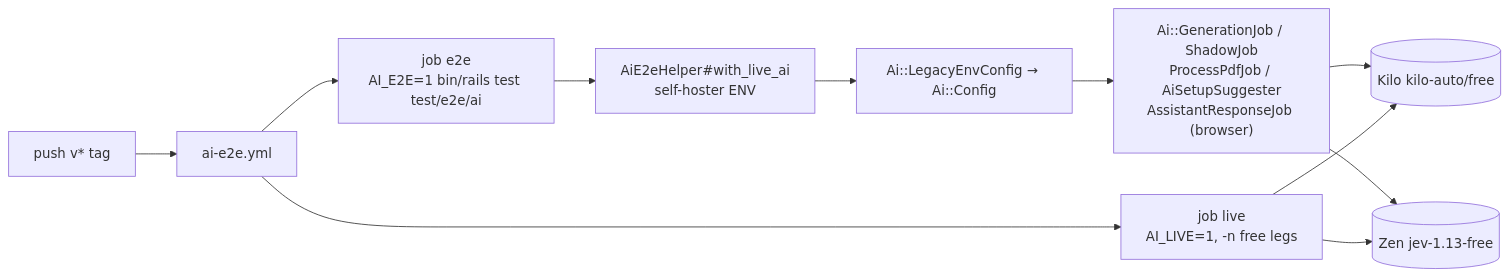
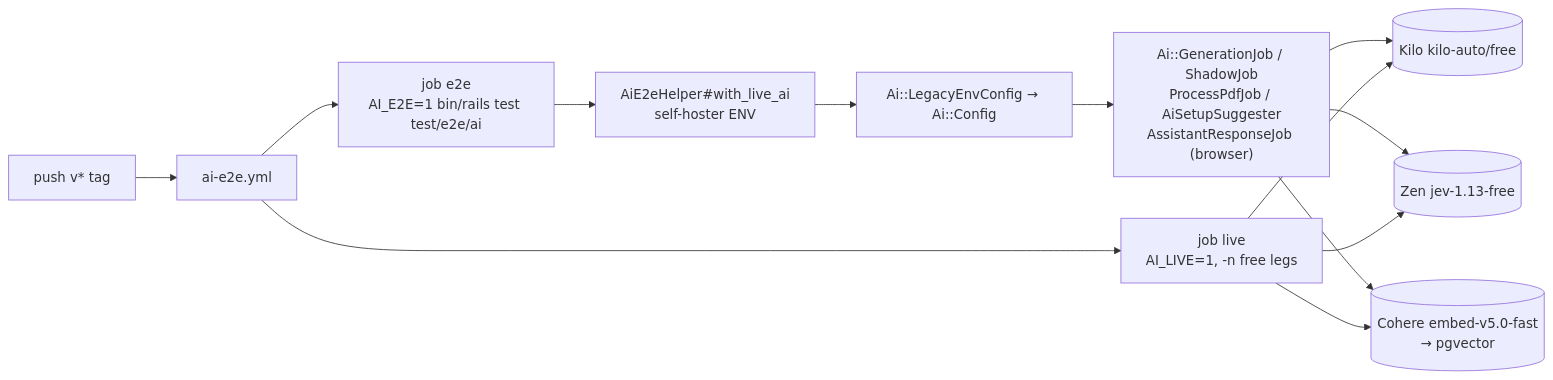
The diagram in docs/proposals/v0.8/pr-2f-release-e2e.md (we-promise/sure), drawn with Mermaid before and after one commit. The commit also changed other lines of this file and 1 other file, not shown here.

First line of the commit message:
Plan: 2f's release e2e covers documents, on Cohere embeddings

````diff
--- a/docs/proposals/v0.8/pr-2f-release-e2e.md
+++ b/docs/proposals/v0.8/pr-2f-release-e2e.md
@@ -40,13 +41,15 @@
 ```mermaid
 flowchart LR
   Tag["push v* tag"] --> W["ai-e2e.yml"]
   W --> E["job e2e<br/>AI_E2E=1 bin/rails test test/e2e/ai"]
   W --> L["job live<br/>AI_LIVE=1, -n free legs"]
   E --> H["AiE2eHelper#with_live_ai<br/>self-hoster ENV"]
   H --> C["Ai::LegacyEnvConfig → Ai::Config"]
   C --> J["Ai::GenerationJob / ShadowJob<br/>ProcessPdfJob / AiSetupSuggester<br/>AssistantResponseJob (browser)"]
   J --> K[("Kilo kilo-auto/free")]
   J --> Z[("Zen jev-1.13-free")]
+  J --> CO[("Cohere embed-v5.0-fast<br/>→ pgvector")]
+  L --> CO
   L --> K
   L --> Z
 ```
````
